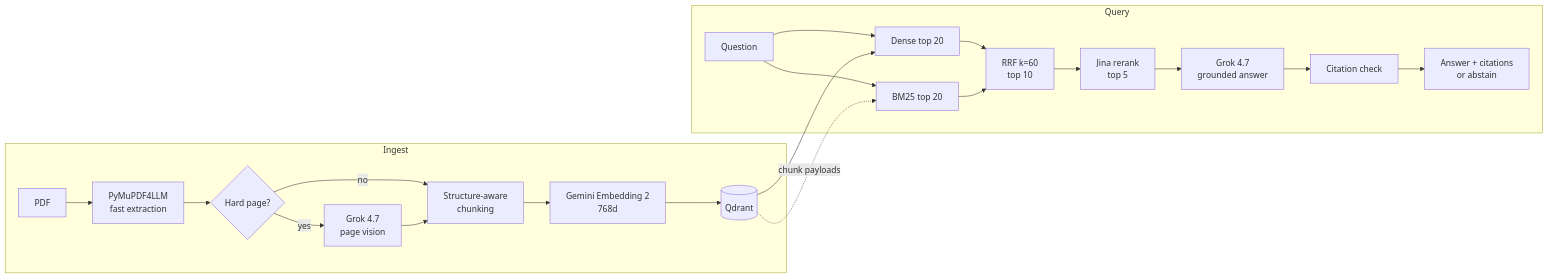
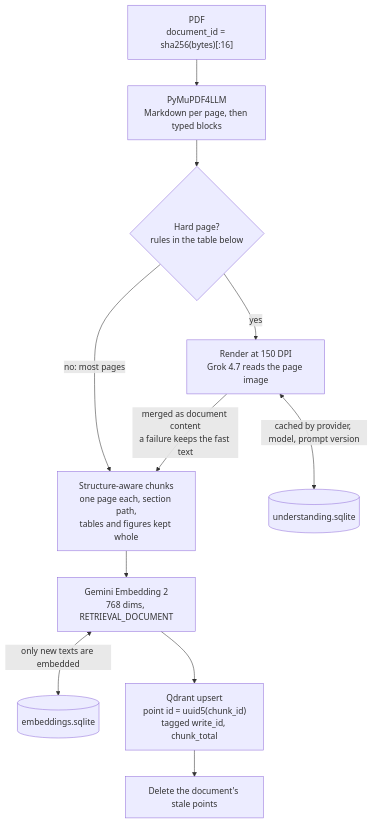
The second of 3 diagrams in README.md (tarunkauxhik/multimodal-enterprise-rag), drawn with Mermaid before and after one commit. The commit also changed other lines of this file, not shown here.

````diff
--- a/README.md
+++ b/README.md
@@ -10,25 +59,13 @@
 ```mermaid
-flowchart LR
-    subgraph Ingest
-        P[PDF] --> X[PyMuPDF4LLM<br/>fast extraction]
-        X --> R{Hard page?}
-        R -- no --> C[Structure-aware<br/>chunking]
-        R -- yes --> M[Grok 4.7<br/>page vision] --> C
-        C --> E[Gemini Embedding 2<br/>768d]
-        E --> Q[(Qdrant)]
-    end
-
-    subgraph Query
-        U[Question] --> D[Dense top 20]
-        U --> B[BM25 top 20]
-        D --> F[RRF k=60<br/>top 10]
-        B --> F
-        F --> J[Jina rerank<br/>top 5]
-        J --> G[Grok 4.7<br/>grounded answer]
-        G --> V[Citation check]
-        V --> A[Answer + citations<br/>or abstain]
-    end
-
-    Q --> D
-    Q -. chunk payloads .-> B
+flowchart TB
+    P["PDF<br/>document_id = sha256(bytes)[:16]"] --> X["PyMuPDF4LLM<br/>Markdown per page, then typed blocks"]
+    X --> R{"Hard page?<br/>rules in the table below"}
+    R -->|"no: most pages"| C
+    R -->|"yes"| V["Render at 150 DPI<br/>Grok 4.7 reads the page image"]
+    V <-->|"cached by provider, model, prompt version"| UC[("understanding.sqlite")]
+    V -->|"merged as document content<br/>a failure keeps the fast text"| C["Structure-aware chunks<br/>one page each, section path,<br/>tables and figures kept whole"]
+    C --> E["Gemini Embedding 2<br/>768 dims, RETRIEVAL_DOCUMENT"]
+    E <-->|"only new texts are embedded"| EC[("embeddings.sqlite")]
+    E --> S["Qdrant upsert<br/>point id = uuid5(chunk_id)<br/>tagged write_id, chunk_total"]
+    S --> D["Delete the document's stale points"]
 ```
````
